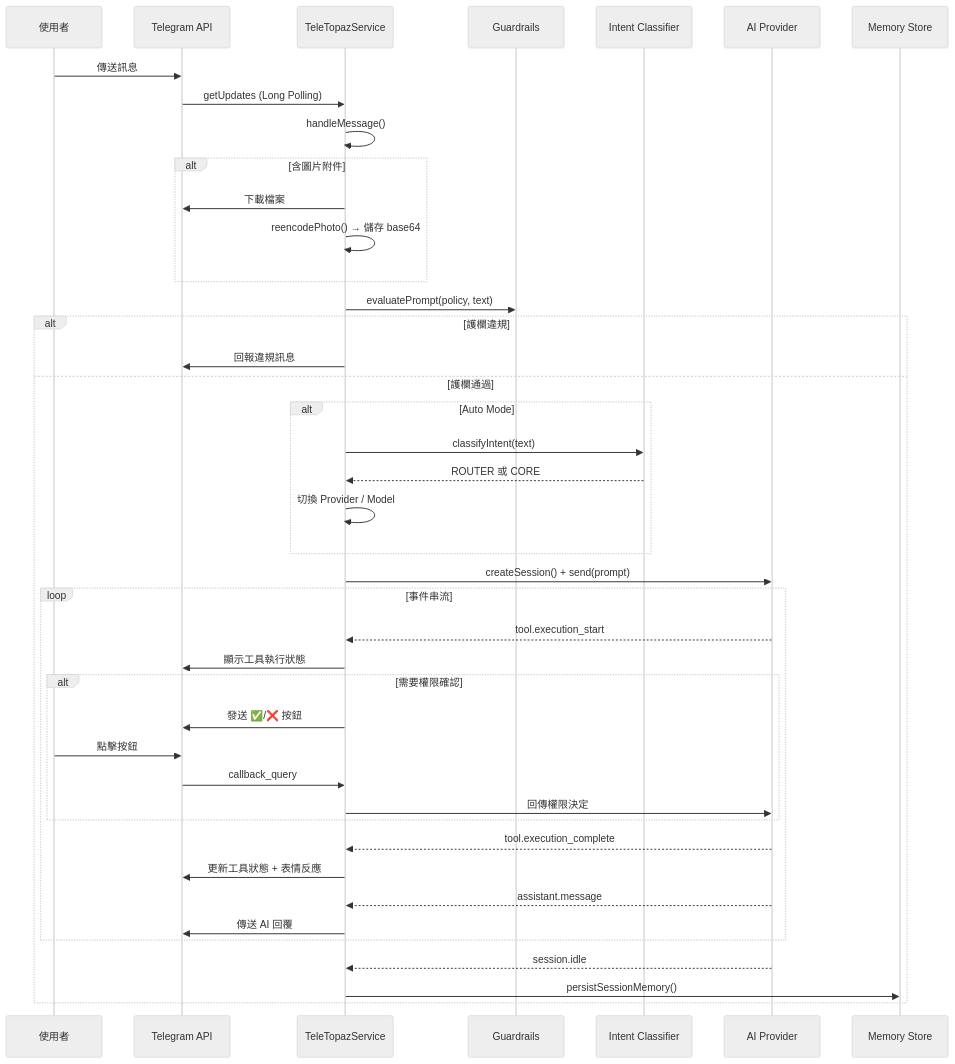
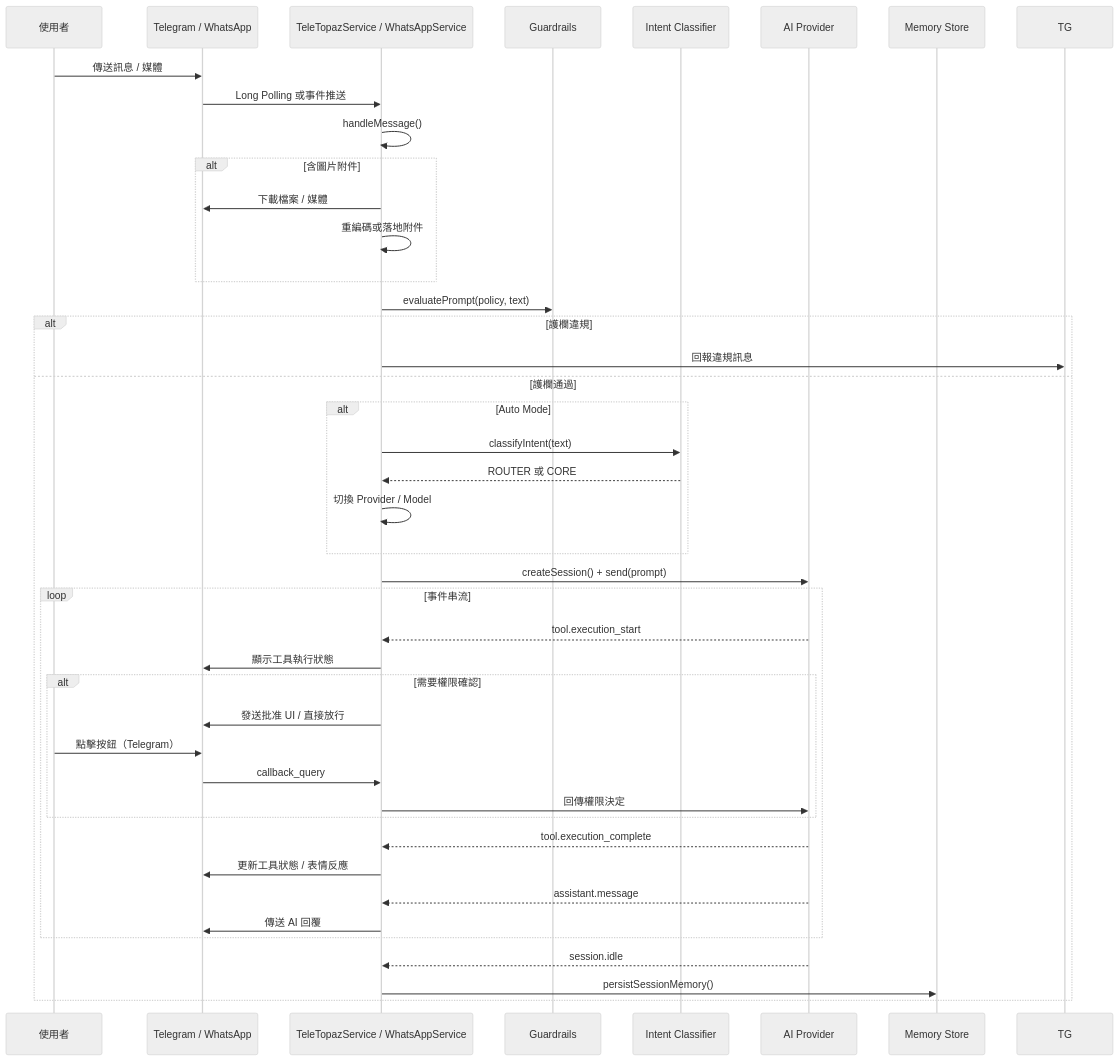
The second of 18 diagrams in spec.md (WeiTopaz/TeleTopaz), drawn with Mermaid (neutral theme) before and after one commit. The commit also changed other lines of this file, not shown here.

````diff
--- a/spec.md
+++ b/spec.md
@@ -219,54 +254,54 @@
 ```mermaid
 sequenceDiagram
     participant U as 使用者
-    participant TG as Telegram API
-    participant B as TeleTopazService
+    participant CH as Telegram / WhatsApp
+    participant B as TeleTopazService / WhatsAppService
     participant G as Guardrails
     participant C as Intent Classifier
     participant P as AI Provider
     participant M as Memory Store
 
-    U->>TG: 傳送訊息
-    TG->>B: getUpdates (Long Polling)
+    U->>CH: 傳送訊息 / 媒體
+    CH->>B: Long Polling 或事件推送
     B->>B: handleMessage()
 
     alt 含圖片附件
-        B->>TG: 下載檔案
-        B->>B: reencodePhoto() → 儲存 base64
+        B->>CH: 下載檔案 / 媒體
+        B->>B: 重編碼或落地附件
     end
 
     B->>G: evaluatePrompt(policy, text)
 
     alt 護欄違規
         B->>TG: 回報違規訊息
     else 護欄通過
         alt Auto Mode
             B->>C: classifyIntent(text)
             C-->>B: ROUTER 或 CORE
             B->>B: 切換 Provider / Model
         end
 
         B->>P: createSession() + send(prompt)
 
         loop 事件串流
             P-->>B: tool.execution_start
-            B->>TG: 顯示工具執行狀態
+            B->>CH: 顯示工具執行狀態
 
             alt 需要權限確認
-                B->>TG: 發送 ✅/❌ 按鈕
-                U->>TG: 點擊按鈕
-                TG->>B: callback_query
+                B->>CH: 發送批准 UI / 直接放行
+                U->>CH: 點擊按鈕（Telegram）
+                CH->>B: callback_query
                 B->>P: 回傳權限決定
             end
 
             P-->>B: tool.execution_complete
-            B->>TG: 更新工具狀態 + 表情反應
+            B->>CH: 更新工具狀態 / 表情反應
 
             P-->>B: assistant.message
-            B->>TG: 傳送 AI 回覆
+            B->>CH: 傳送 AI 回覆
         end
 
         P-->>B: session.idle
         B->>M: persistSessionMemory()
     end
 ```
````
